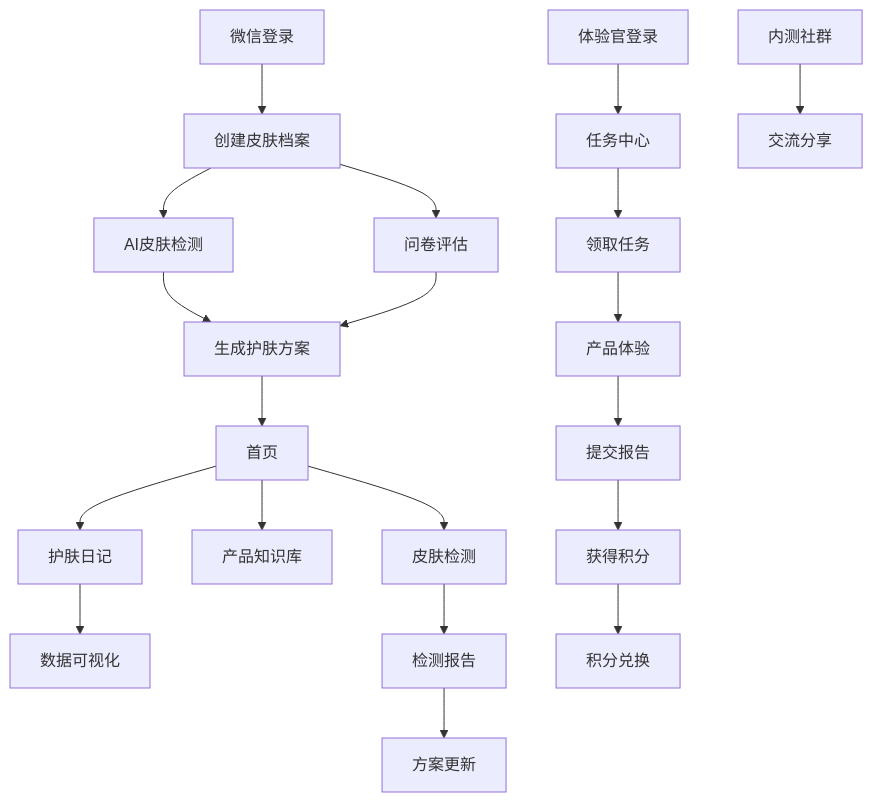
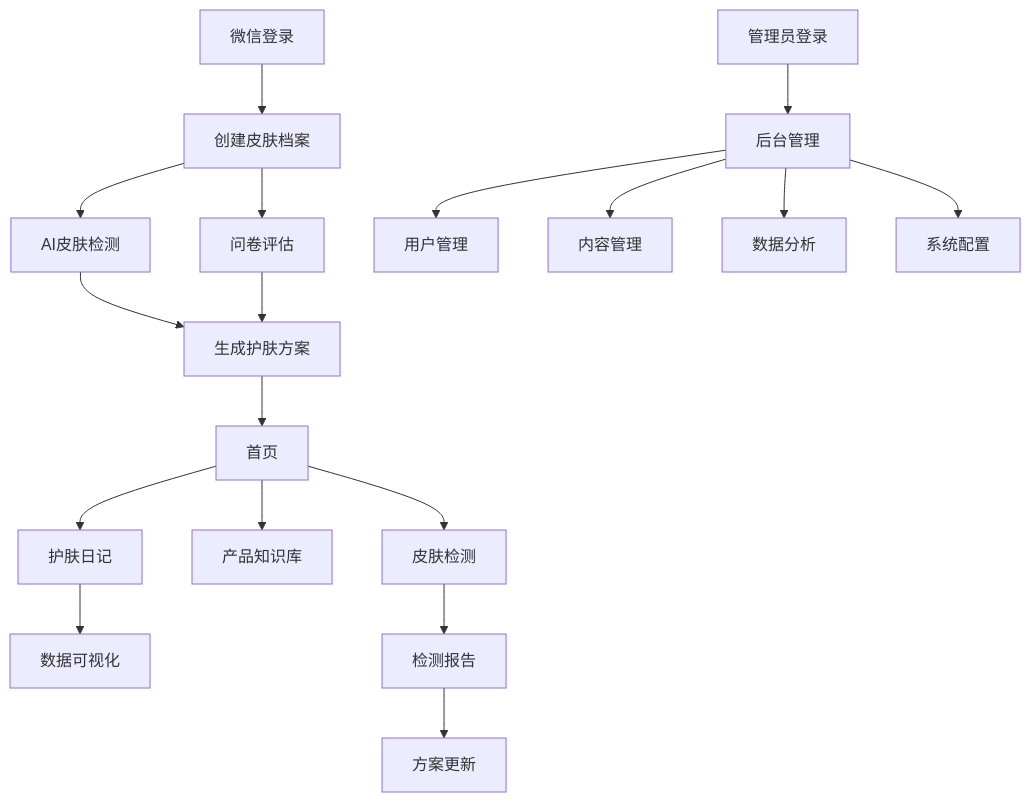
The diagram in .trae/documents/Skin-care护肤小程序产品需求文档.md (Psychic-k/Skin-care), drawn with Mermaid before and after one commit. The commit also changed other lines of this file and 102 other files, not shown here.

````diff
--- a/.trae/documents/Skin-care护肤小程序产品需求文档.md
+++ b/.trae/documents/Skin-care护肤小程序产品需求文档.md
@@ -60,24 +56,21 @@
 ```mermaid
 graph TD
     A[微信登录] --> B[创建皮肤档案]
     B --> C[AI皮肤检测]
     B --> D[问卷评估]
     C --> E[生成护肤方案]
     D --> E
     E --> F[首页]
     F --> G[护肤日记]
     F --> H[产品知识库]
     F --> I[皮肤检测]
     G --> J[数据可视化]
     I --> K[检测报告]
     K --> L[方案更新]
     
-    M[体验官登录] --> N[任务中心]
-    N --> O[领取任务]
-    O --> P[产品体验]
-    P --> Q[提交报告]
-    Q --> R[获得积分]
-    R --> S[积分兑换]
-    
-    T[内测社群] --> U[交流分享]
+    M[管理员登录] --> N[后台管理]
+    N --> O[用户管理]
+    N --> P[内容管理]
+    N --> Q[数据分析]
+    N --> R[系统配置]
 ```
````
